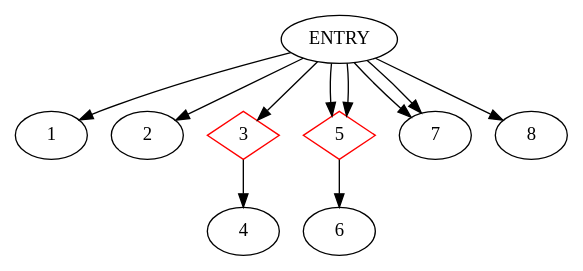
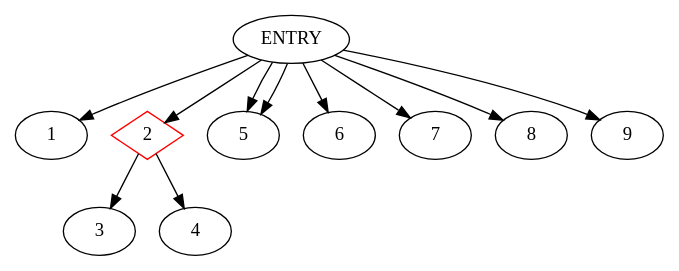
One commit to akshitij/TestgenRepo changed the diagram in Testgen/Testgen_Sonam/Testgen/CDG.dot. Above: the diagram before and after it, drawn with Graphviz. The commit also changed 31 other files, not shown here.

```diff
--- a/Testgen/Testgen_Sonam/Testgen/CDG.dot
+++ b/Testgen/Testgen_Sonam/Testgen/CDG.dot
@@ -1,15 +1,13 @@
 digraph CDG {
 ENTRY -> 1
+2 [shape=diamond, color=red]
 ENTRY -> 2
-3 [shape=diamond, color=red]
-ENTRY -> 3
-3-> 4
-5 [shape=diamond, color=red]
+2-> 3
+2-> 4
 ENTRY -> 5
-5 [shape=diamond, color=red]
 ENTRY -> 5
-5-> 6
-ENTRY -> 7
+ENTRY -> 6
 ENTRY -> 7
 ENTRY -> 8
+ENTRY -> 9
 }
```
